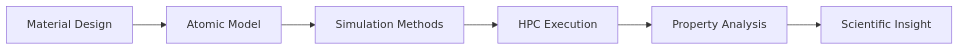
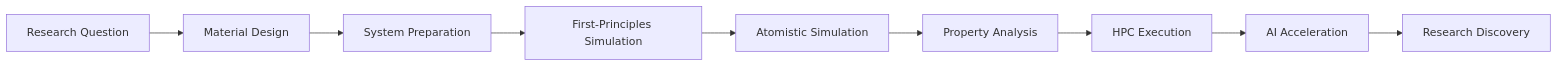
The diagram in docs/start-here/workflow.md (lala002-brin/MKI-Workshop), drawn with Mermaid before and after one commit. The commit also changed other lines of this file and 114 other files, not shown here.

````diff
--- a/docs/start-here/workflow.md
+++ b/docs/start-here/workflow.md
@@ -125,22 +21,21 @@
 ```mermaid
 flowchart LR
 
-A[Material Design]
+A[Research Question]
 
-B[Atomic Model]
+--> B[Material Design]
 
-C[Simulation Methods]
+--> C[System Preparation]
 
-D[HPC Execution]
+--> D[First-Principles Simulation]
 
-E[Property Analysis]
+--> E[Atomistic Simulation]
 
-F[Scientific Insight]
+--> F[Property Analysis]
 
+--> G[HPC Execution]
 
-A --> B
-B --> C
-C --> D
-D --> E
-E --> F
+--> H[AI Acceleration]
+
+--> I[Research Discovery]
 ```
````
